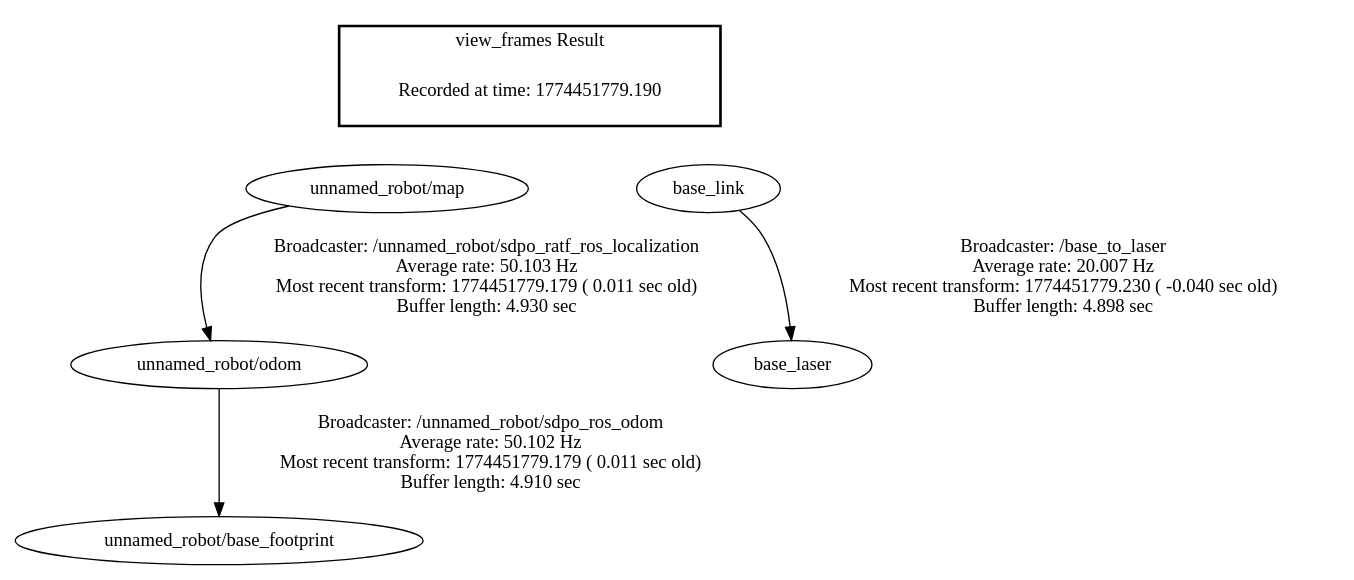
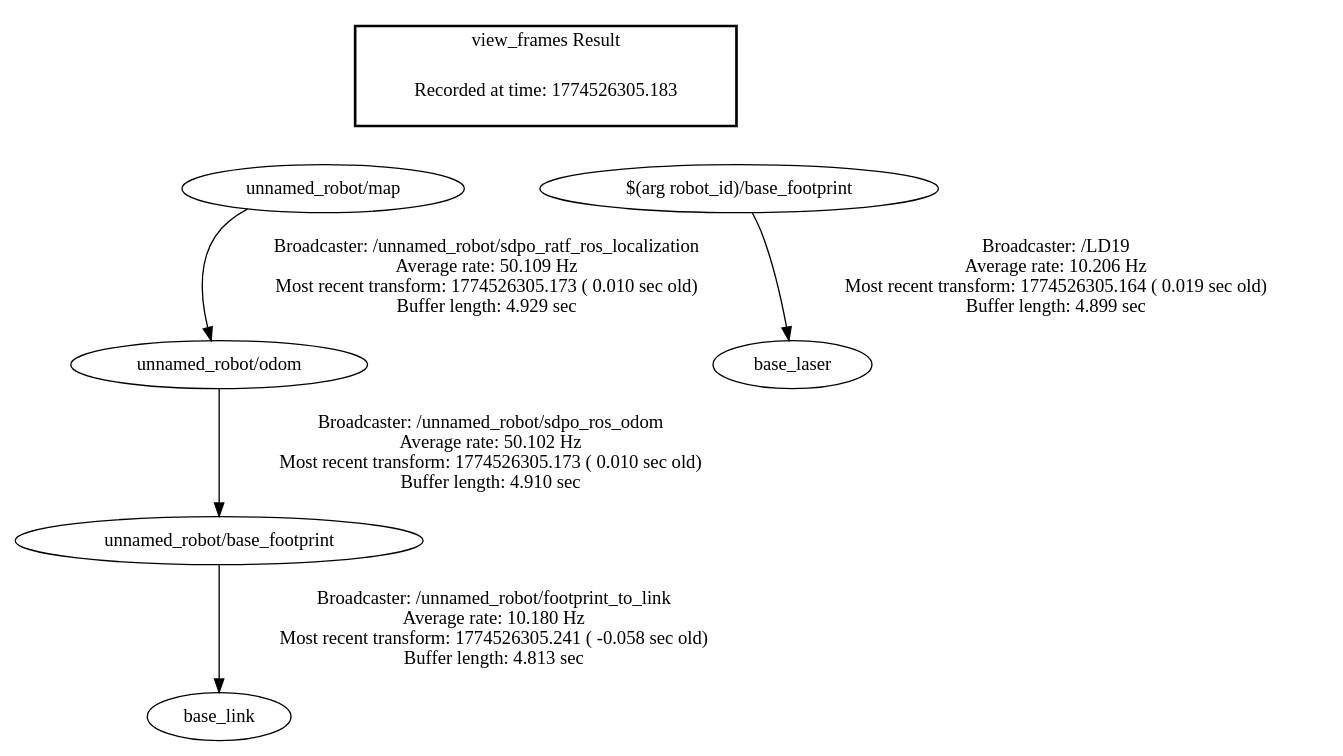
Before and after one commit to Oh-V1G0-Rally/OmniCar_Control: the diagram in [02]Code/omnicar_ros_ws/frames.gv, drawn with Graphviz. The commit also changed 8 other files, not shown here.

```diff
--- a/[02]Code/omnicar_ros_ws/frames.gv
+++ b/[02]Code/omnicar_ros_ws/frames.gv
@@ -1,13 +1,14 @@
 digraph G {
-"unnamed_robot/odom" -> "unnamed_robot/base_footprint"[label="Broadcaster: /unnamed_robot/sdpo_ros_odom\nAverage rate: 50.102 Hz\nMost recent transform: 1774451779.179 ( 0.011 sec old)\nBuffer length: 4.910 sec\n"];
-"unnamed_robot/map" -> "unnamed_robot/odom"[label="Broadcaster: /unnamed_robot/sdpo_ratf_ros_localization\nAverage rate: 50.103 Hz\nMost recent transform: 1774451779.179 ( 0.011 sec old)\nBuffer length: 4.930 sec\n"];
-"base_link" -> "base_laser"[label="Broadcaster: /base_to_laser\nAverage rate: 20.007 Hz\nMost recent transform: 1774451779.230 ( -0.040 sec old)\nBuffer length: 4.898 sec\n"];
+"unnamed_robot/odom" -> "unnamed_robot/base_footprint"[label="Broadcaster: /unnamed_robot/sdpo_ros_odom\nAverage rate: 50.102 Hz\nMost recent transform: 1774526305.173 ( 0.010 sec old)\nBuffer length: 4.910 sec\n"];
+"unnamed_robot/map" -> "unnamed_robot/odom"[label="Broadcaster: /unnamed_robot/sdpo_ratf_ros_localization\nAverage rate: 50.109 Hz\nMost recent transform: 1774526305.173 ( 0.010 sec old)\nBuffer length: 4.929 sec\n"];
+"$(arg robot_id)/base_footprint" -> "base_laser"[label="Broadcaster: /LD19\nAverage rate: 10.206 Hz\nMost recent transform: 1774526305.164 ( 0.019 sec old)\nBuffer length: 4.899 sec\n"];
+"unnamed_robot/base_footprint" -> "base_link"[label="Broadcaster: /unnamed_robot/footprint_to_link\nAverage rate: 10.180 Hz\nMost recent transform: 1774526305.241 ( -0.058 sec old)\nBuffer length: 4.813 sec\n"];
 edge [style=invis];
  subgraph cluster_legend { style=bold; color=black; label ="view_frames Result";
-"Recorded at time: 1774451779.190"[ shape=plaintext ] ;
- }->"base_link";
+"Recorded at time: 1774526305.183"[ shape=plaintext ] ;
+ }->"$(arg robot_id)/base_footprint";
 edge [style=invis];
  subgraph cluster_legend { style=bold; color=black; label ="view_frames Result";
-"Recorded at time: 1774451779.190"[ shape=plaintext ] ;
+"Recorded at time: 1774526305.183"[ shape=plaintext ] ;
  }->"unnamed_robot/map";
 }
```
